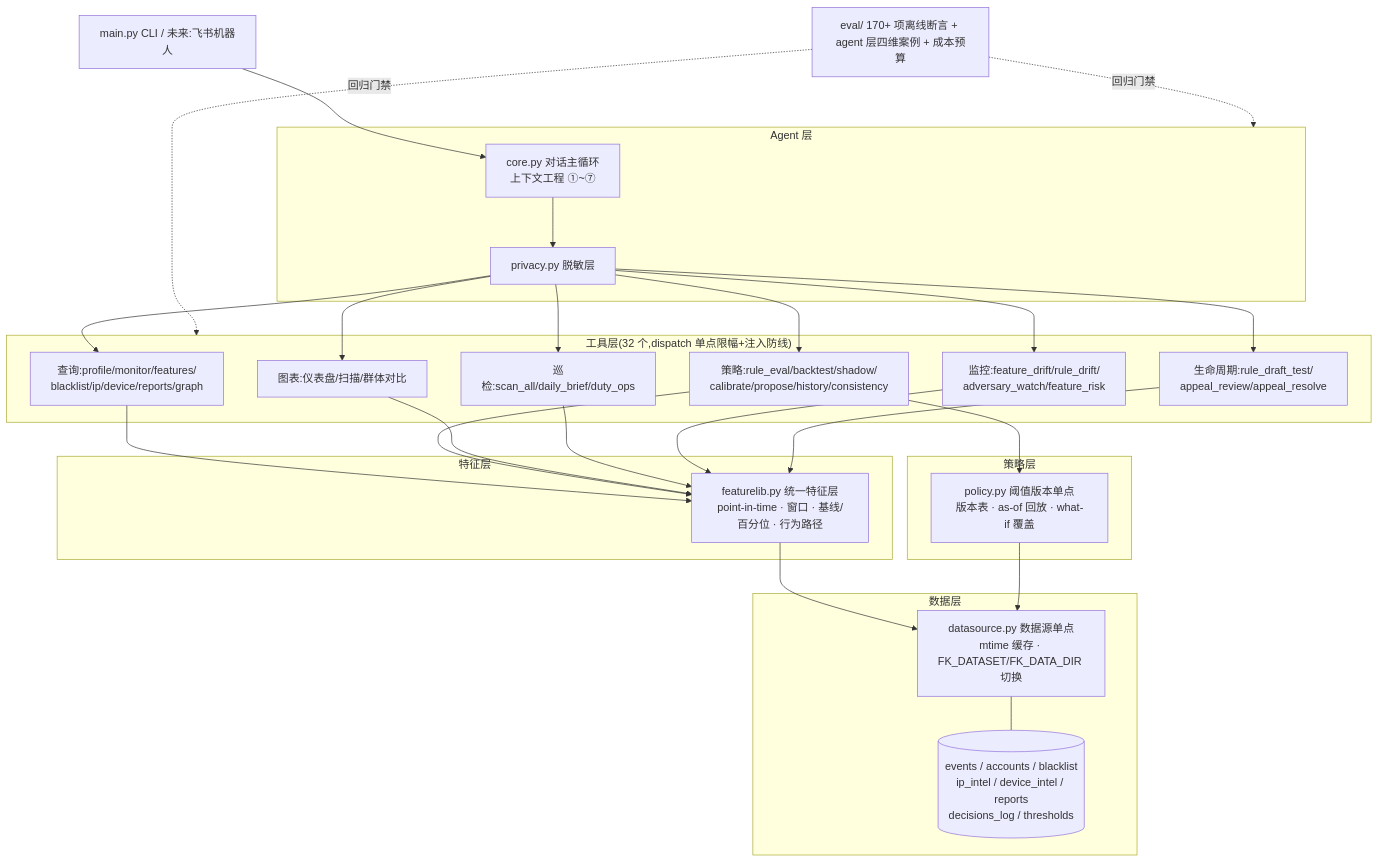
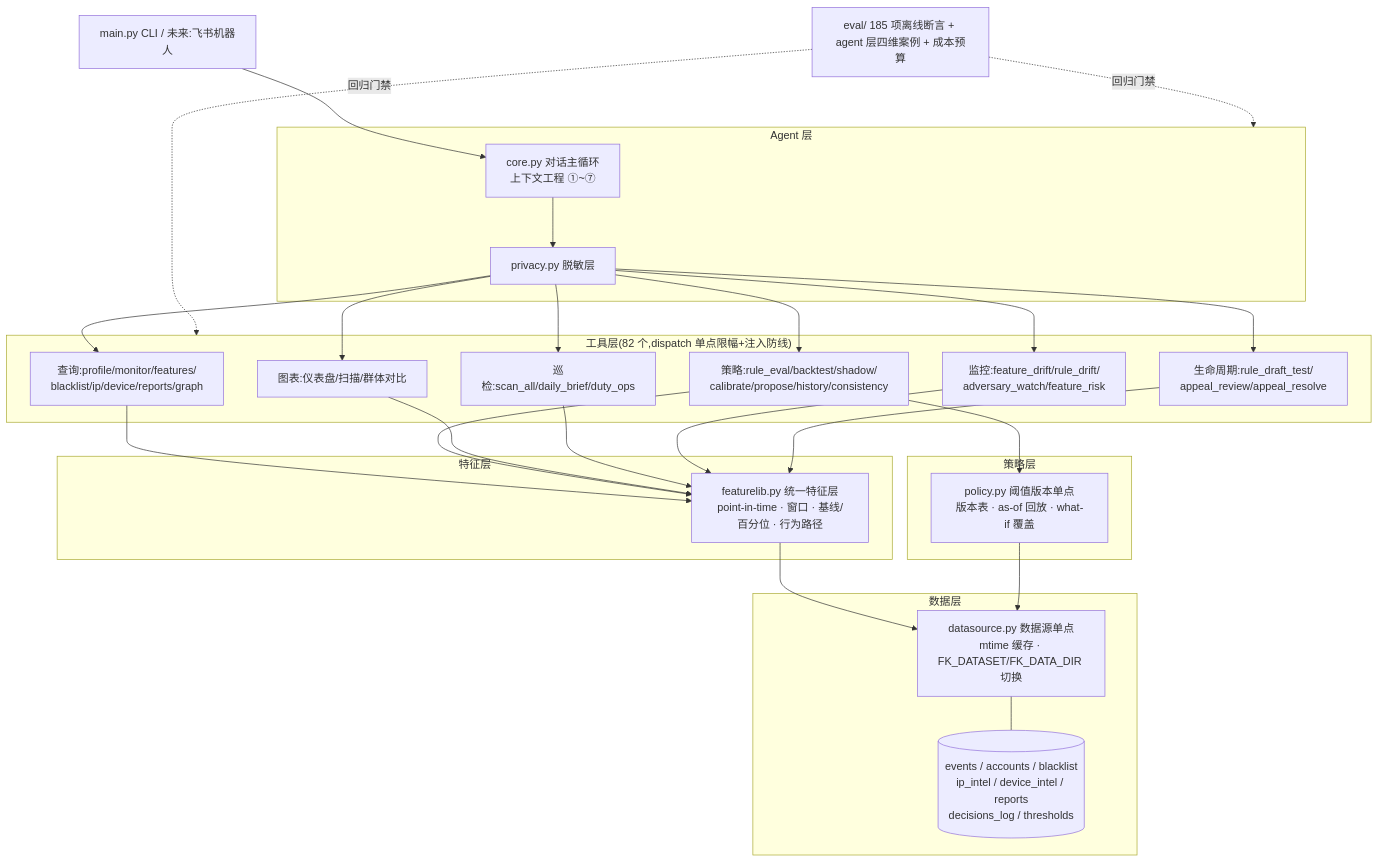
The diagram in README.md (1494389516/fengkong-agent), drawn with Mermaid before and after one commit. The commit also changed other lines of this file and 3 other files, not shown here.

````diff
--- a/README.md
+++ b/README.md
@@ -51,31 +66,31 @@
 ```mermaid
 flowchart TB
     subgraph 数据层
         DS[datasource.py 数据源单点<br/>mtime 缓存 · FK_DATASET/FK_DATA_DIR 切换]
         D1[(events / accounts / blacklist<br/>ip_intel / device_intel / reports<br/>decisions_log / thresholds)]
         DS --- D1
     end
     subgraph 策略层
         POL[policy.py 阈值版本单点<br/>版本表 · as-of 回放 · what-if 覆盖]
     end
     subgraph 特征层
         FL[featurelib.py 统一特征层<br/>point-in-time · 窗口 · 基线/百分位 · 行为路径]
     end
-    subgraph 工具层["工具层(32 个,dispatch 单点限幅+注入防线)"]
+    subgraph 工具层["工具层(82 个,dispatch 单点限幅+注入防线)"]
         T1[查询:profile/monitor/features/<br/>blacklist/ip/device/reports/graph]
         T2[策略:rule_eval/backtest/shadow/<br/>calibrate/propose/history/consistency]
         T3[图表:仪表盘/扫描/群体对比]
         T4[巡检:scan_all/daily_brief/duty_ops]
         T5[监控:feature_drift/rule_drift/<br/>adversary_watch/feature_risk]
         T6[生命周期:rule_draft_test/<br/>appeal_review/appeal_resolve]
     end
     subgraph AGENT["Agent 层"]
         CORE[core.py 对话主循环<br/>上下文工程 ①~⑦]
         PRIV[privacy.py 脱敏层]
     end
     CLI[main.py CLI / 未来:飞书机器人] --> CORE
     CORE --> PRIV --> T1 & T2 & T3 & T4 & T5 & T6
     T1 & T2 & T3 & T4 & T5 & T6 --> FL --> DS
     T2 --> POL --> DS
-    EVAL[eval/ 170+ 项离线断言 + agent 层四维案例 + 成本预算] -. 回归门禁 .-> 工具层 & AGENT
+    EVAL[eval/ 185 项离线断言 + agent 层四维案例 + 成本预算] -. 回归门禁 .-> 工具层 & AGENT
 ```
````
